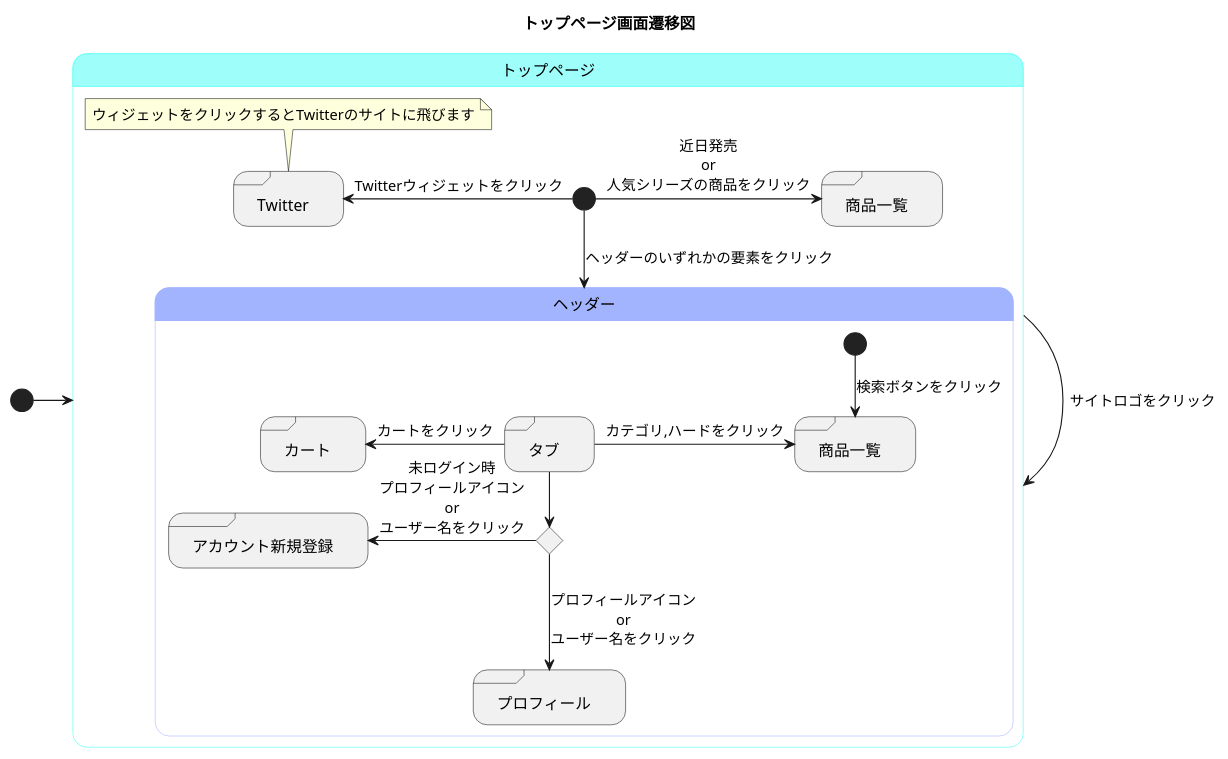
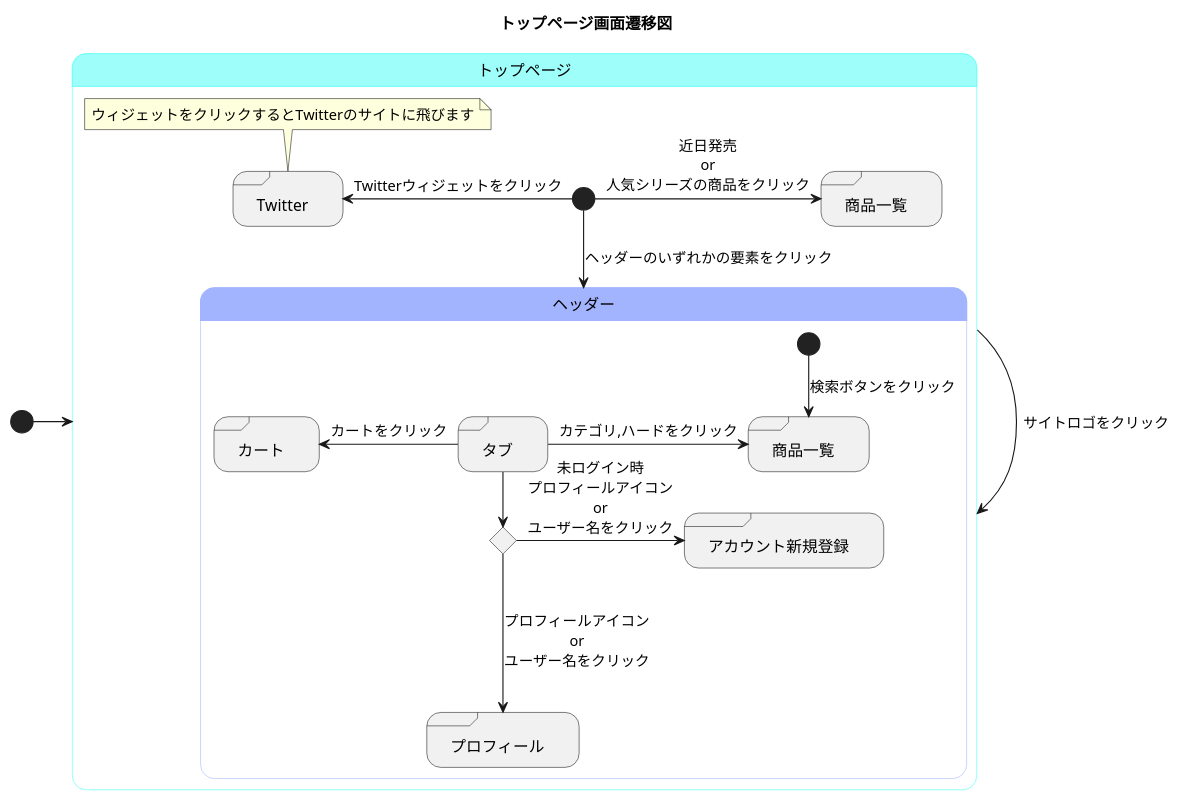
The diagram in メインページ.md (akutori/T-D-E), drawn with PlantUML before and after one commit.

Commit message:
遷移位置を調整

````diff
--- a/メインページ.md
+++ b/メインページ.md
@@ -1,49 +1,49 @@
 ```uml
 @startuml
 title トップページ画面遷移図
 
 [*]->トップページ
 state トップページ<<mainpage>>{
 
     state "商品一覧" as maintogoods<<sdlreceive>>
     state "Twitter"<<sdlreceive>>
 
     トップページ -> トップページ : サイトロゴをクリック
     [*]-->ヘッダー : ヘッダーのいずれかの要素をクリック
     [*]-> maintogoods : 近日発売\nor\n人気シリーズの商品をクリック
     [*]-left->Twitter : Twitterウィジェットをクリック
     note top of Twitter
         ウィジェットをクリックするとTwitterのサイトに飛びます
     end note
 
     
 
     state ヘッダー<<state_headder>>{
 
         state "タブ" as tab <<sdlreceive>>
         state "カート" as cart <<sdlreceive>>
         state "プロフィール" as profile <<sdlreceive>>
         state "商品一覧" as goods<<sdlreceive>>
         state "アカウント新規登録" as register<<sdlreceive>>
         state input <<choice>>
 
         [*]-->goods : 検索ボタンをクリック
         tab ->goods : カテゴリ,ハードをクリック
         tab -left->cart : カートをクリック
         tab --> input
-        input -left-> register : 未ログイン時\nプロフィールアイコン\nor\nユーザー名をクリック
-        input -->profile : プロフィールアイコン\nor\nユーザー名をクリック
+        input -> register : 未ログイン時\nプロフィールアイコン\nor\nユーザー名をクリック
+        input --->profile : プロフィールアイコン\nor\nユーザー名をクリック
 
 
     }
 }
 
 
 skinparam stateBorderColor<<mainpage>> #40fff5
 state トップページ #9efffa
 
 skinparam stateBorderColor<<state_headder>> #a3b4ff
 state ヘッダー #a3b4ff
 state Twitter #ffcfcf
 @enduml
 ```
````
